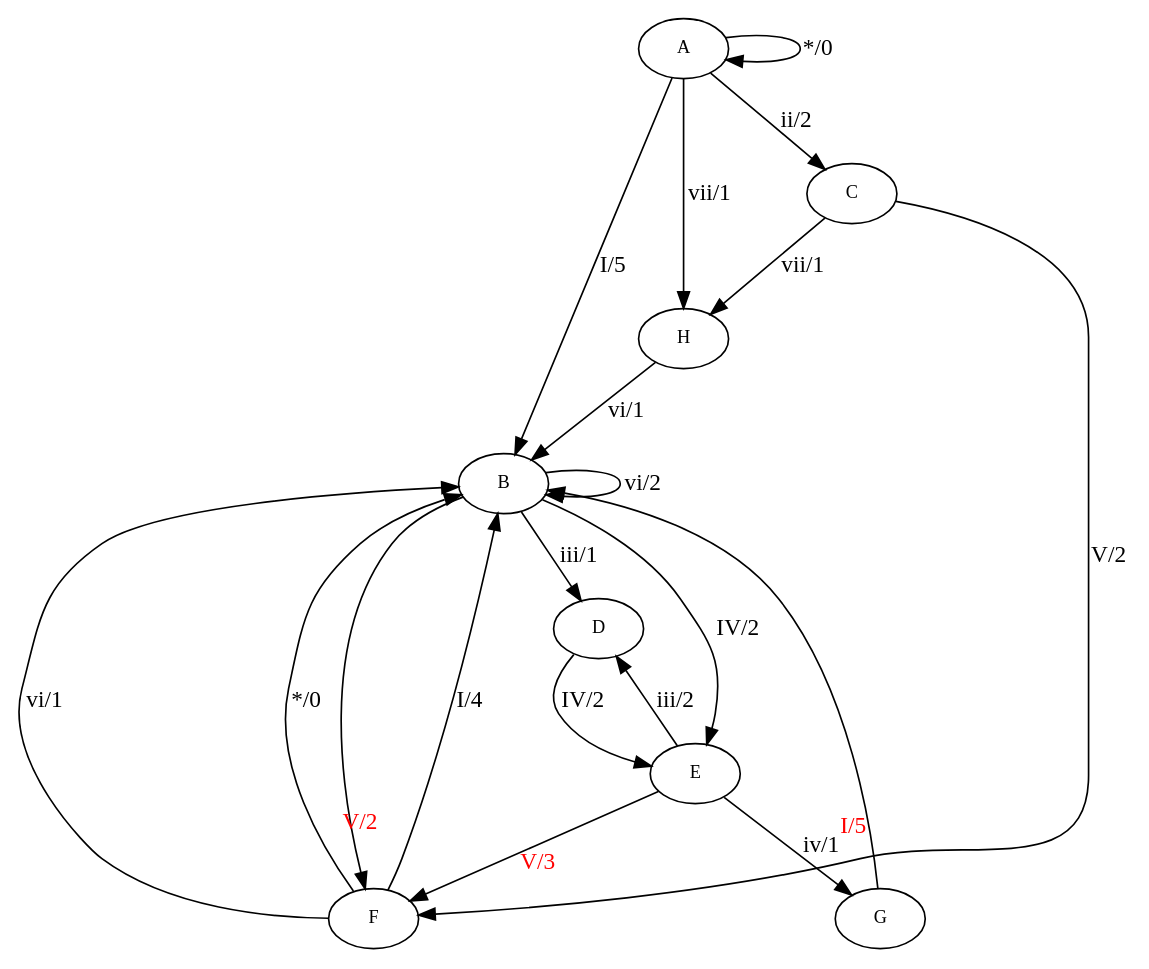
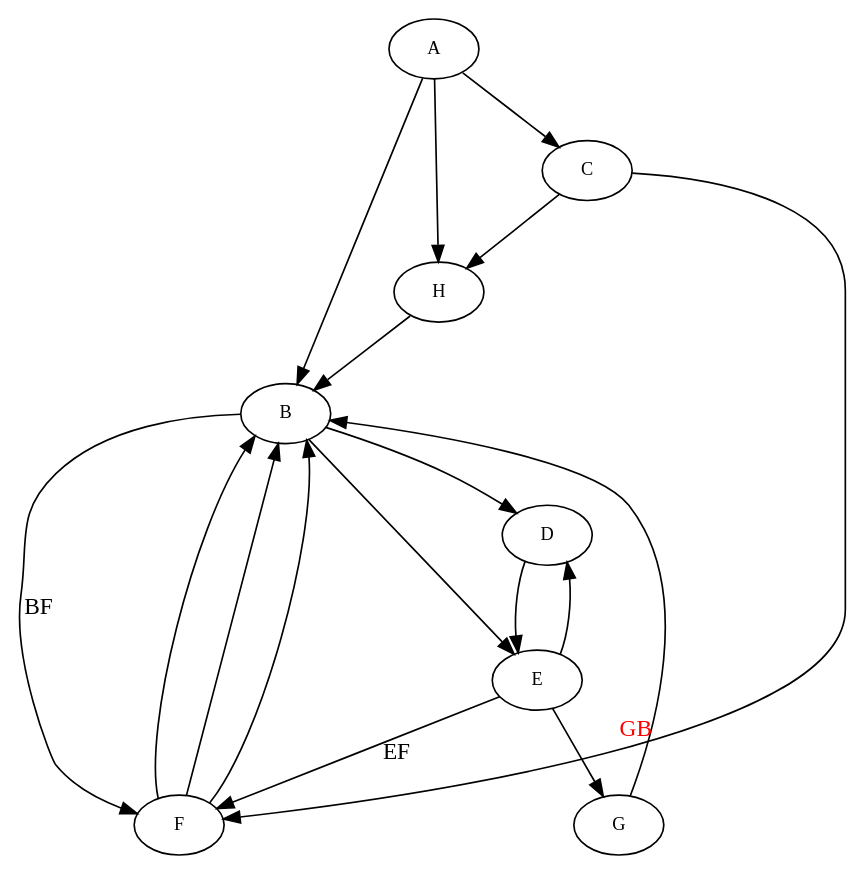
The diagram in exam-2.dot (greatgauss/graphviz_script), drawn with Graphviz before and after one commit. The commit also changed 7 other files, not shown here.

```diff
--- a/exam-2.dot
+++ b/exam-2.dot
@@ -1,28 +1,26 @@
 digraph n {
 splines=true;
 sep="+25,25";
 overlap=scalexy;
 nodesep=0.6;
 node [fontsize=11];
 //edge[weight=0.2];
 
-A -> B [label="I/5"]
-A -> A [label="*/0"]
-A -> C [label="ii/2"]
-A -> H [label="vii/1"]
-B -> D [label="iii/1"]
-B -> E [label="IV/2"]
-B -> F [headlabel="V/2", labeldistance=4, labelangle=-10, labelfontcolor=red]
-B -> B [label="vi/2"]
-C -> F [label="V/2"]
-C -> H [label="vii/1"]
-D -> E [label="IV/2"]
-E -> D [label="iii/2"]
-E -> G [label="iv/1"]
-E -> F [headlabel="V/3", labeldistance=8, labelangle=-7, labelfontcolor=red]
-F -> B [label="I/4"]
-F -> B [label="vi/1"]
-F -> B [label="*/0"]
-G -> B [taillabel="I/5", labeldistance=4, labelangle=15, labelfontcolor=red]
-H -> B [label="vi/1"]
+A -> B
+A -> C
+A -> H
+B -> D
+B -> E
+B -> F [label="BF", labeldistance=4, labelangle=-10, labelfontcolor=red]
+C -> F
+C -> H
+D -> E
+E -> D
+E -> G
+E -> F [label="EF", labeldistance=8, labelangle=-7, labelfontcolor=red]
+F -> B
+F -> B
+F -> B
+G -> B [taillabel="GB", labeldistance=4, labelangle=15, labelfontcolor=red]
+H -> B
 }
```
